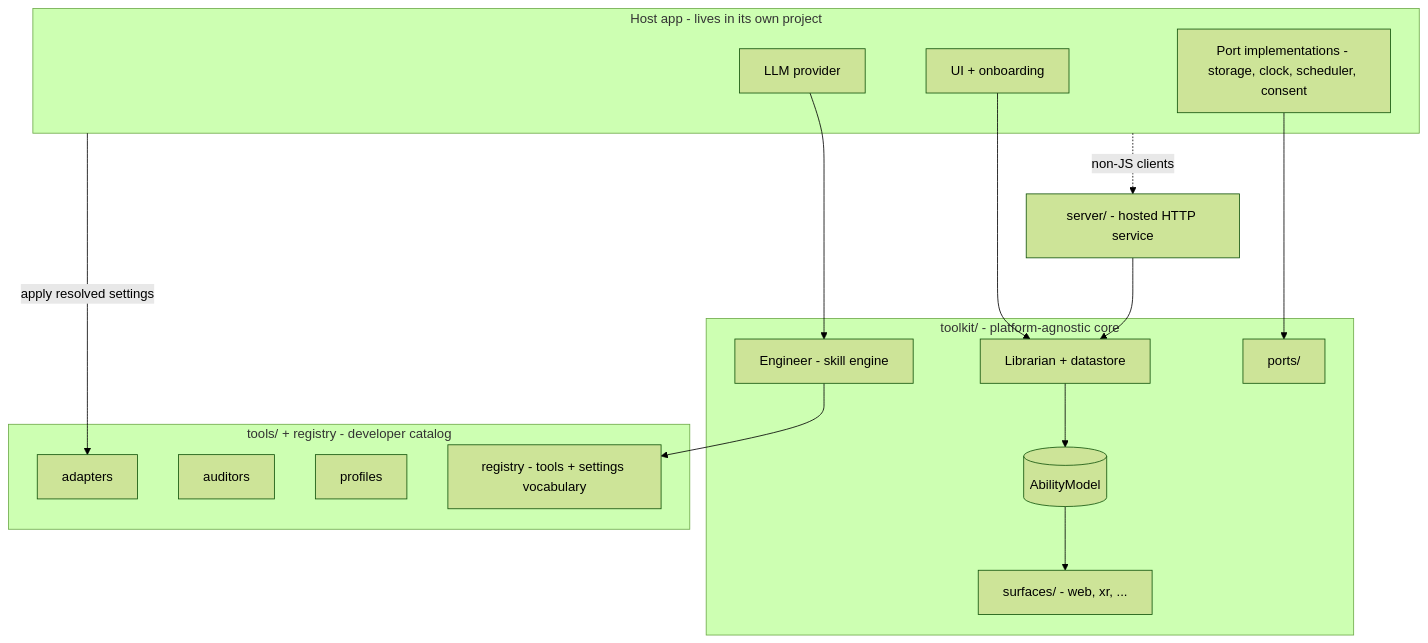
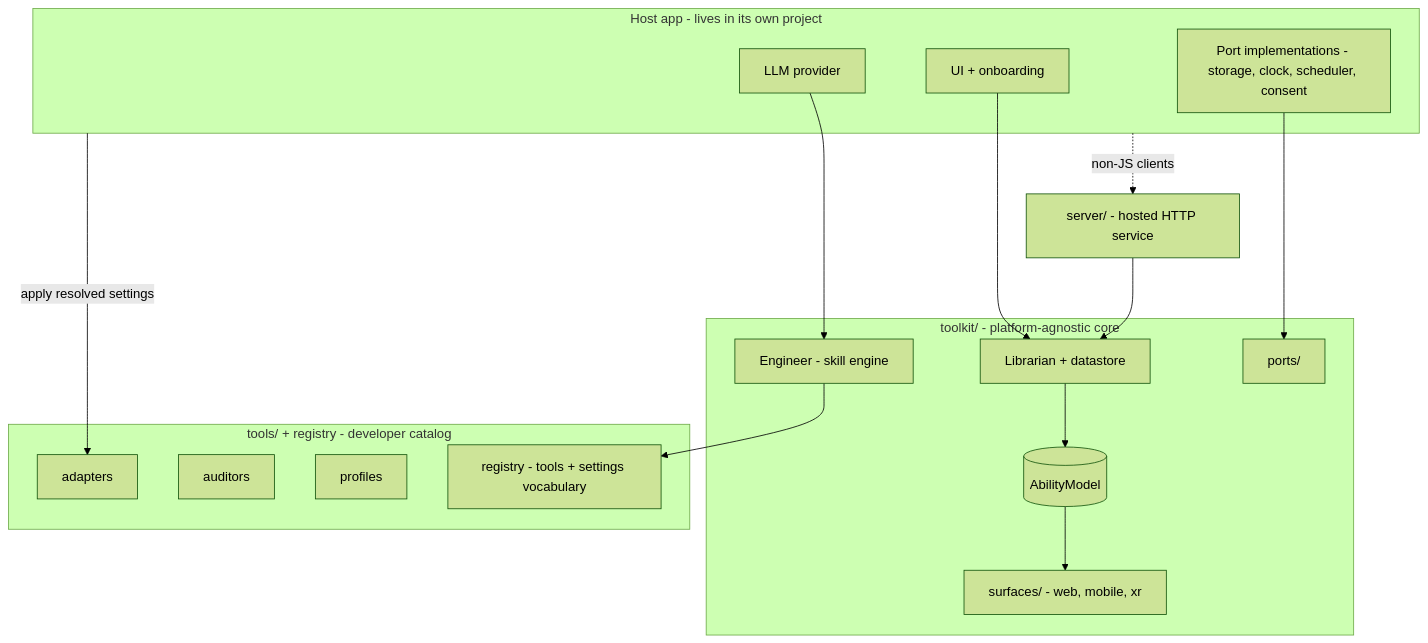
One commit to Vincent-mutwiri/Rehearse-the-journey changed the diagram in docs/architecture.md. Above: the diagram before and after it, drawn with Mermaid (forest theme). The commit also changed other lines of this file and 26 other files, not shown here.

````diff
--- a/docs/architecture.md
+++ b/docs/architecture.md
@@ -161,34 +18,34 @@
 ```mermaid
 flowchart TB
     subgraph Host[Host app - lives in its own project]
         UI[UI + onboarding]
         PORTS_IMPL[Port implementations - storage, clock, scheduler, consent]
         LLM[LLM provider]
     end
 
     subgraph Core[toolkit/ - platform-agnostic core]
         LIB[Librarian + datastore]
         ENG[Engineer - skill engine]
         MODEL[(AbilityModel)]
         PORTS[ports/]
-        SURF[surfaces/ - web, xr, ...]
+        SURF[surfaces/ - web, mobile, xr]
     end
 
     subgraph Catalog[tools/ + registry - developer catalog]
         ADAPTERS[adapters]
         AUDITORS[auditors]
         PROFILES[profiles]
         REG[registry - tools + settings vocabulary]
     end
 
     SERVER[server/ - hosted HTTP service]
 
     UI --> LIB
     PORTS_IMPL --> PORTS
     LLM --> ENG
     LIB --> MODEL --> SURF
     ENG --> REG
     SERVER --> LIB
     Host -.non-JS clients.-> SERVER
     Host -->|apply resolved settings| ADAPTERS
 ```
````
